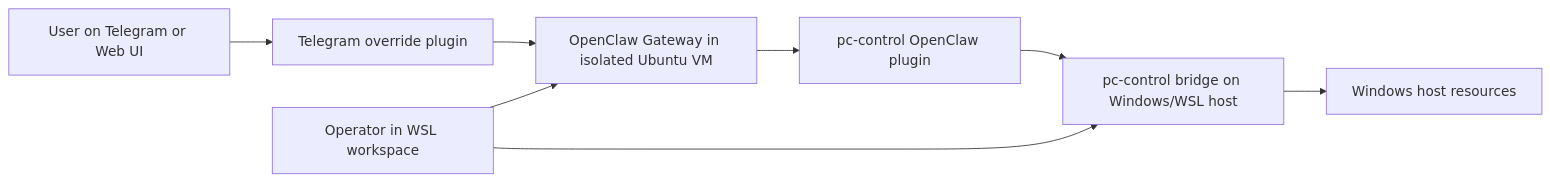
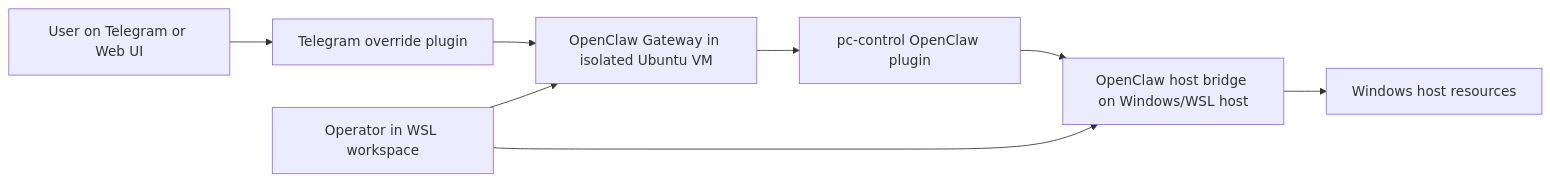
Before and after one commit to mfshaf7/openclaw-isolated-deployment: the first of 5 diagrams in docs/architecture-overview.md, drawn with Mermaid. The commit also changed other lines of this file and 16 other files, not shown here.

Commit message:
docs: rename bridge references to openclaw-host-bridge

````diff
--- a/docs/architecture-overview.md
+++ b/docs/architecture-overview.md
@@ -28,18 +28,18 @@
 ```mermaid
 flowchart LR
     User[User on Telegram or Web UI]
     Ops[Operator in WSL workspace]
     VM[OpenClaw Gateway in isolated Ubuntu VM]
     TG[Telegram override plugin]
     PCP[pc-control OpenClaw plugin]
-    Bridge[pc-control bridge on Windows/WSL host]
+    Bridge[OpenClaw host bridge on Windows/WSL host]
     Host[Windows host resources]
 
     User --> TG
     TG --> VM
     VM --> PCP
     PCP --> Bridge
     Bridge --> Host
     Ops --> VM
     Ops --> Bridge
 ```
````
